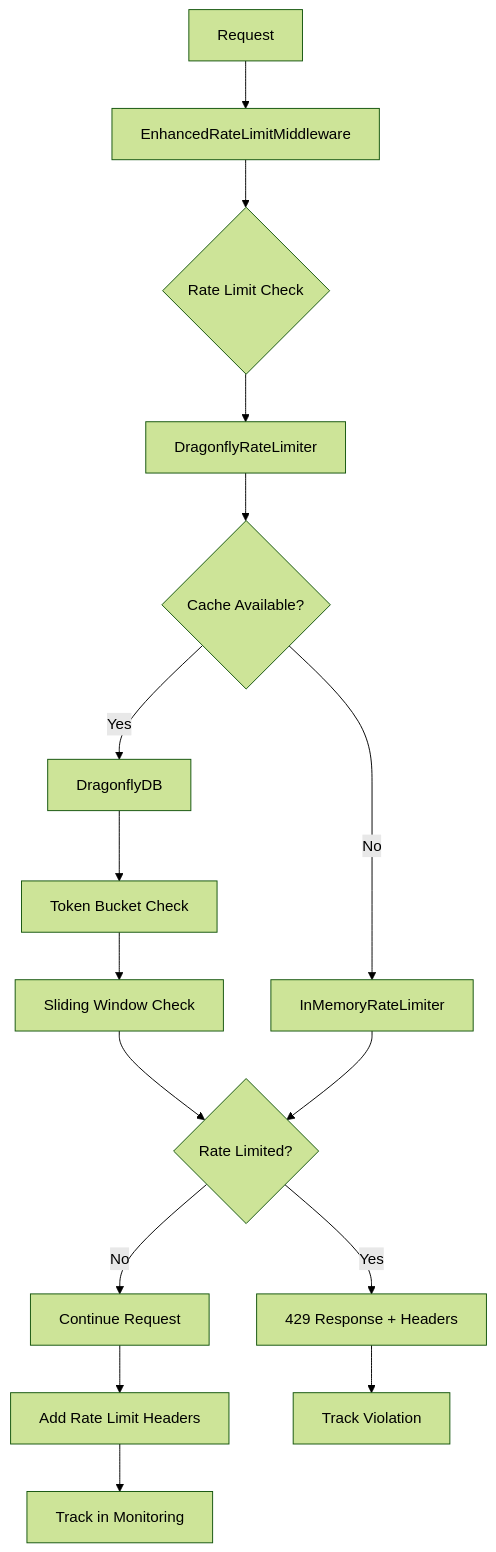
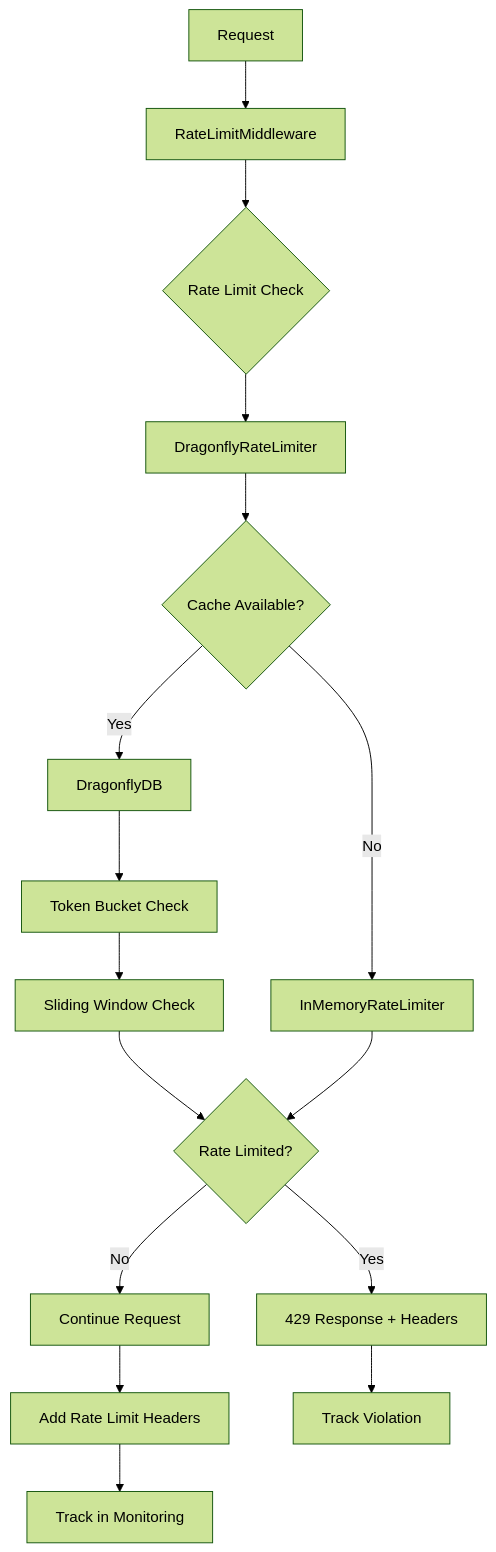
The diagram in docs/developers/rate-limiting.md (BjornMelin/tripsage-ai), drawn with Mermaid (forest theme) before and after one commit. The commit also changed other lines of this file and 18 other files, not shown here.

First line of the commit message:
chore: refactor rate limiting middleware and update related documentation

````diff
--- a/docs/developers/rate-limiting.md
+++ b/docs/developers/rate-limiting.md
@@ -31,18 +34,18 @@
 ```mermaid
 graph TB
-    A[Request] --> B[EnhancedRateLimitMiddleware]
+    A[Request] --> B[RateLimitMiddleware]
     B --> C{Rate Limit Check}
     C --> D[DragonflyRateLimiter]
     D --> E{Cache Available?}
     E -->|Yes| F[DragonflyDB]
     E -->|No| G[InMemoryRateLimiter]
     F --> H[Token Bucket Check]
     H --> I[Sliding Window Check]
     I --> J{Rate Limited?}
     G --> J
     J -->|Yes| K[429 Response + Headers]
     J -->|No| L[Continue Request]
     L --> M[Add Rate Limit Headers]
     M --> N[Track in Monitoring]
     K --> O[Track Violation]
 ```
````
